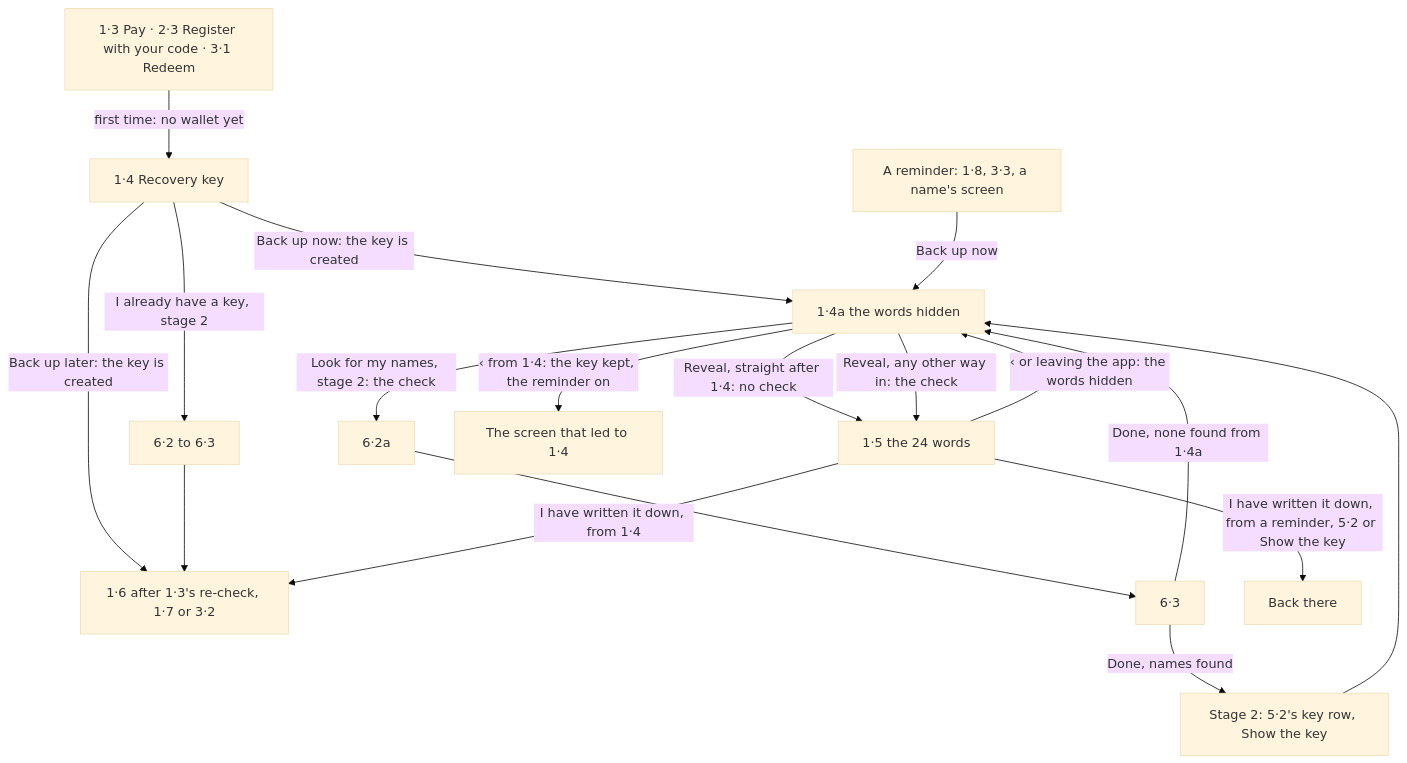
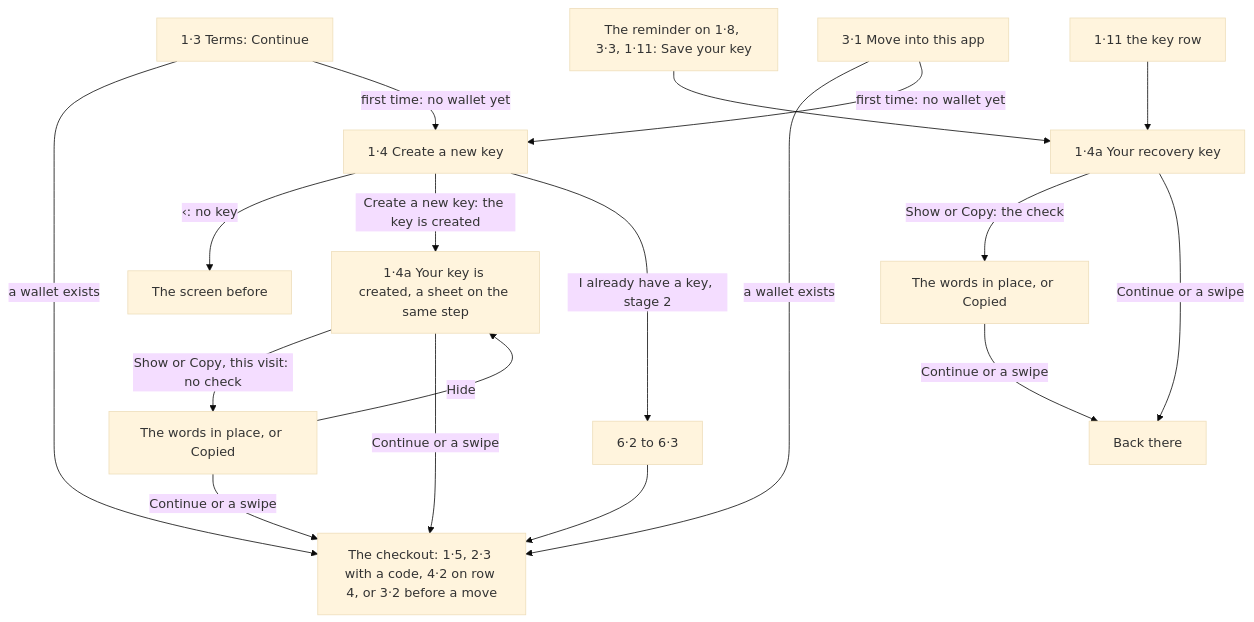
One commit to simplex-chat/simplex-chat changed the first of 3 diagrams in plans/2026-10-30-names-in-app-purchases.md. Above: the diagram before and after it, drawn with Mermaid (base theme). The commit also changed other lines of this file, not shown here.

Commit message:
docs: names plan puts terms and key before checkout, pays in browser

````diff
--- a/plans/2026-10-30-names-in-app-purchases.md
+++ b/plans/2026-10-30-names-in-app-purchases.md
@@ -526,20 +544,20 @@
 ```mermaid
 flowchart TD
-  order["1·3 Pay · 2·3 Register with your code · 3·1 Redeem"] -->|"first time: no wallet yet"| key["1·4 Recovery key"]
-  key -->|"Back up now: the key is created"| hidden["1·4a the words hidden"]
-  key -->|"Back up later: the key is created"| next["1·6 after 1·3's re-check, 1·7 or 3·2"]
+  terms["1·3 Terms: Continue"] -->|"a wallet exists"| next["The checkout: 1·5, 2·3 with a code, 4·2 on row 4, or 3·2 before a move"]
+  move["3·1 Move into this app"] -->|"a wallet exists"| next
+  terms -->|"first time: no wallet yet"| key["1·4 Create a new key"]
+  move -->|"first time: no wallet yet"| key
+  key -->|"‹: no key"| before["The screen before"]
+  key -->|"Create a new key: the key is created"| sheet["1·4a Your key is created, a sheet on the same step"]
   key -->|"I already have a key, stage 2"| restore["6·2 to 6·3"]
   restore --> next
-  reminder["A reminder: 1·8, 3·3, a name's screen"] -->|Back up now| hidden
-  hub["Stage 2: 5·2's key row, Show the key"] --> hidden
-  hidden -->|"Reveal, straight after 1·4: no check"| words["1·5 the 24 words"]
-  hidden -->|"Reveal, any other way in: the check"| words
-  hidden -->|"Look for my names, stage 2: the check"| scan["6·2a"]
-  scan --> found["6·3"]
-  found -->|"Done, none found from 1·4a"| hidden
-  found -->|"Done, names found"| hub
-  hidden -->|"‹ from 1·4: the key kept, the reminder on"| before["The screen that led to 1·4"]
-  words -->|"‹ or leaving the app: the words hidden"| hidden
-  words -->|"I have written it down, from 1·4"| next
-  words -->|"I have written it down, from a reminder, 5·2 or Show the key"| back["Back there"]
+  sheet -->|"Show or Copy, this visit: no check"| shown["The words in place, or Copied"]
+  shown -->|Hide| sheet
+  shown -->|"Continue or a swipe"| next
+  sheet -->|"Continue or a swipe"| next
+  reminder["The reminder on 1·8, 3·3, 1·11: Save your key"] --> later["1·4a Your recovery key"]
+  row["1·11 the key row"] --> later
+  later -->|"Show or Copy: the check"| shownlater["The words in place, or Copied"]
+  later -->|"Continue or a swipe"| back["Back there"]
+  shownlater -->|"Continue or a swipe"| back
 ```
````
